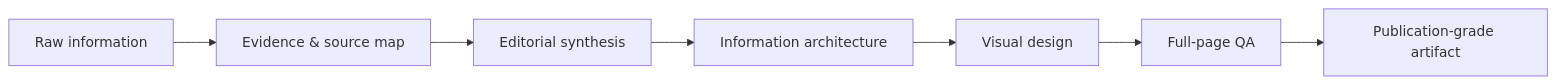
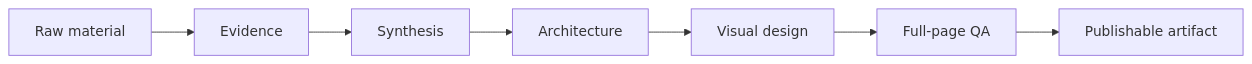
The diagram in README.md (jerry0327/VisualRefinery), drawn with Mermaid before and after one commit. The commit also changed other lines of this file and 21 other files, not shown here.

````diff
--- a/README.md
+++ b/README.md
@@ -32,9 +34,9 @@
 ```mermaid
 flowchart LR
-    A[Raw information] --> B[Evidence & source map]
-    B --> C[Editorial synthesis]
-    C --> D[Information architecture]
+    A[Raw material] --> B[Evidence]
+    B --> C[Synthesis]
+    C --> D[Architecture]
     D --> E[Visual design]
     E --> F[Full-page QA]
-    F --> G[Publication-grade artifact]
+    F --> G[Publishable artifact]
 ```
````
